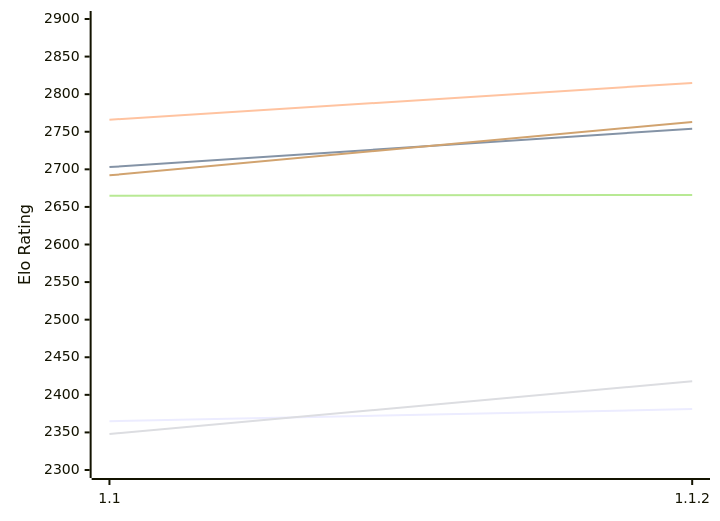
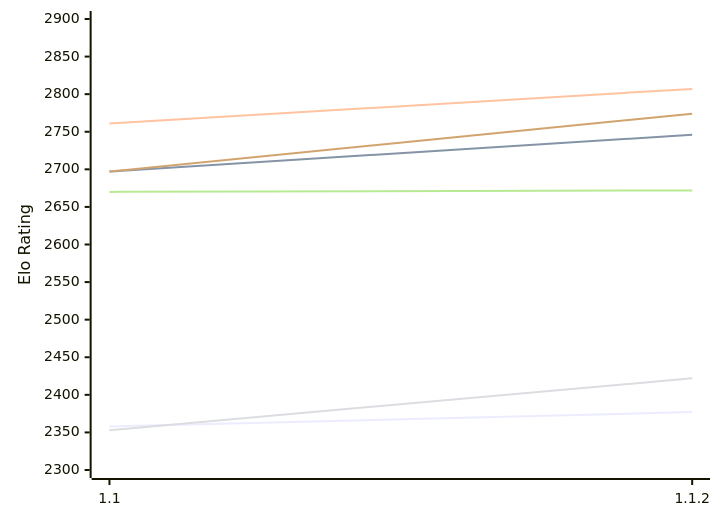
Before and after one commit to computer-chess-index/cci: the first of 2 diagrams in engines/Casanchess.md, drawn with Mermaid. The commit also changed other lines of this file, not shown here.

Commit message:
Update CCI Ratings (ELO VLTC) - 2026-11-18

````diff
--- a/engines/Casanchess.md
+++ b/engines/Casanchess.md
@@ -51,12 +51,12 @@
 ```mermaid
 %%{init: {"theme":"base","themeVariables":{"seriesColors:['#a3a3a3','#222221','#faa371']}}}%%
 xychart-beta
   x-axis ["1.1", "1.1.2"]
   y-axis "Elo Rating" 2300 --> 2900
-  line "E1: STC (8.0+0.08s)" [2365, 2381]
-  line "E1: LTC (60.0+0.60s)" [2703, 2754]
-  line "E1: VLTC (2m24s+1.12s)" [2766, 2815]
-  line "P1: STC (8.0+0.08s)" [2348, 2418]
-  line "P1: LTC (60.0+0.60s)" [2665, 2666]
-  line "P1: VLTC (2m24s+1.12s)" [2692, 2763]
+  line "E1: STC (8.0+0.08s)" [2358, 2377]
+  line "E1: LTC (60.0+0.60s)" [2697, 2746]
+  line "E1: VLTC (2m24s+1.12s)" [2761, 2807]
+  line "P1: STC (8.0+0.08s)" [2353, 2422]
+  line "P1: LTC (60.0+0.60s)" [2670, 2672]
+  line "P1: VLTC (2m24s+1.12s)" [2697, 2774]
 ```
````
